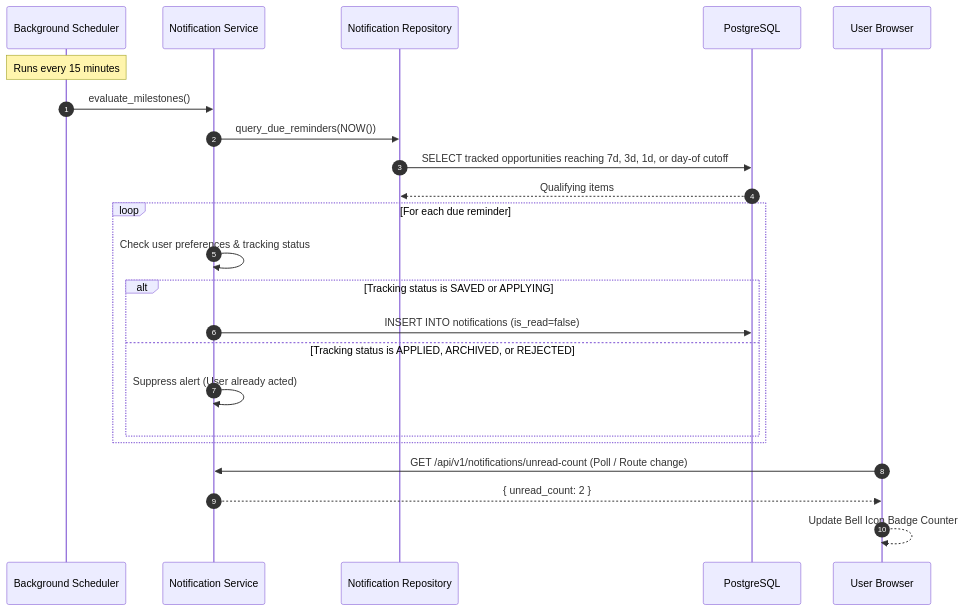
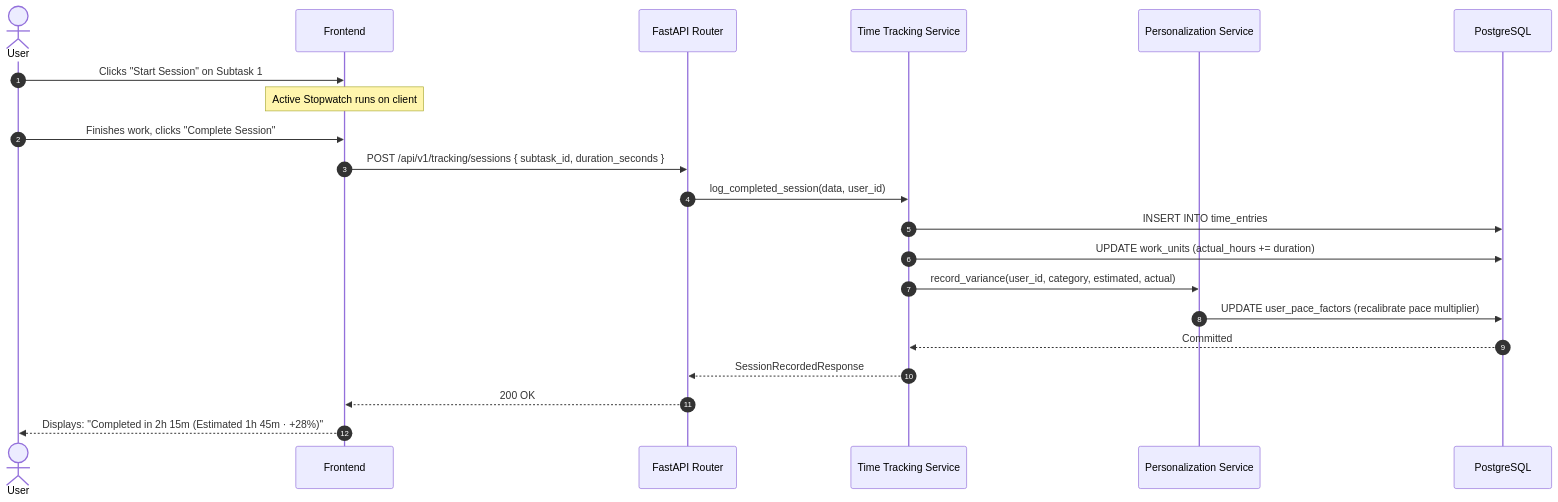
The fifth of 5 diagrams in docs/architecture.md (Kunal-net/deadline-radar), drawn with Mermaid before and after one commit. The commit also changed other lines of this file and 19 other files, not shown here.

````diff
--- a/docs/architecture.md
+++ b/docs/architecture.md
@@ -599,26 +457,24 @@
 ```mermaid
 sequenceDiagram
     autonumber
-    participant Worker as Background Scheduler
-    participant NotifSvc as Notification Service
-    participant Repo as Notification Repository
+    actor User
+    participant Client as Frontend
+    participant API as FastAPI Router
+    participant TrackSvc as Time Tracking Service
+    participant PersonalSvc as Personalization Service
     participant DB as PostgreSQL
-    participant Client as User Browser
 
-    Note over Worker: Runs every 15 minutes
-    Worker->>NotifSvc: evaluate_milestones()
-    NotifSvc->>Repo: query_due_reminders(NOW())
-    Repo->>DB: SELECT tracked opportunities reaching 7d, 3d, 1d, or day-of cutoff
-    DB-->>Repo: Qualifying items
-    loop For each due reminder
-        NotifSvc->>NotifSvc: Check user preferences & tracking status
-        alt Tracking status is SAVED or APPLYING
-            NotifSvc->>DB: INSERT INTO notifications (is_read=false)
-        else Tracking status is APPLIED, ARCHIVED, or REJECTED
-            NotifSvc->>NotifSvc: Suppress alert (User already acted)
-        end
-    end
-    Client->>NotifSvc: GET /api/v1/notifications/unread-count (Poll / Route change)
-    NotifSvc-->>Client: { unread_count: 2 }
-    Client-->>Client: Update Bell Icon Badge Counter
+    User->>Client: Clicks "Start Session" on Subtask 1
+    Note over Client: Active Stopwatch runs on client
+    User->>Client: Finishes work, clicks "Complete Session"
+    Client->>API: POST /api/v1/tracking/sessions { subtask_id, duration_seconds }
+    API->>TrackSvc: log_completed_session(data, user_id)
+    TrackSvc->>DB: INSERT INTO time_entries
+    TrackSvc->>DB: UPDATE work_units (actual_hours += duration)
+    TrackSvc->>PersonalSvc: record_variance(user_id, category, estimated, actual)
+    PersonalSvc->>DB: UPDATE user_pace_factors (recalibrate pace multiplier)
+    DB-->>TrackSvc: Committed
+    TrackSvc-->>API: SessionRecordedResponse
+    API-->>Client: 200 OK
+    Client-->>User: Displays: "Completed in 2h 15m (Estimated 1h 45m · +28%)"
 ```
````
